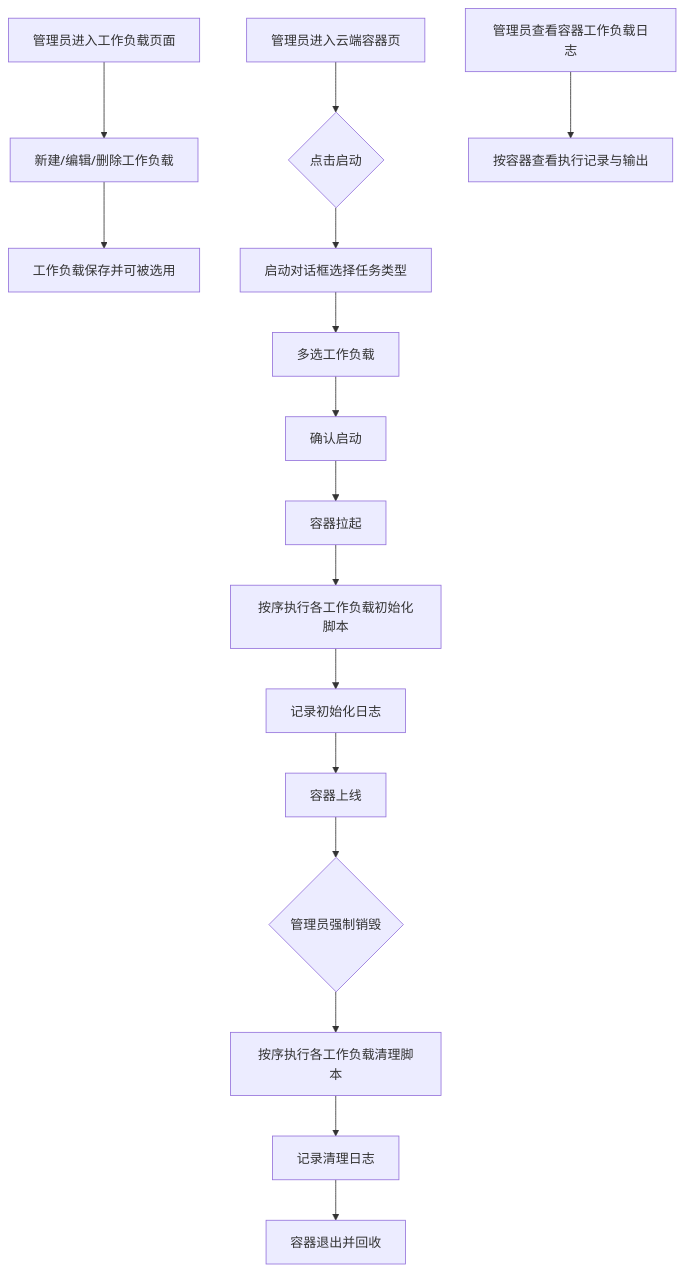
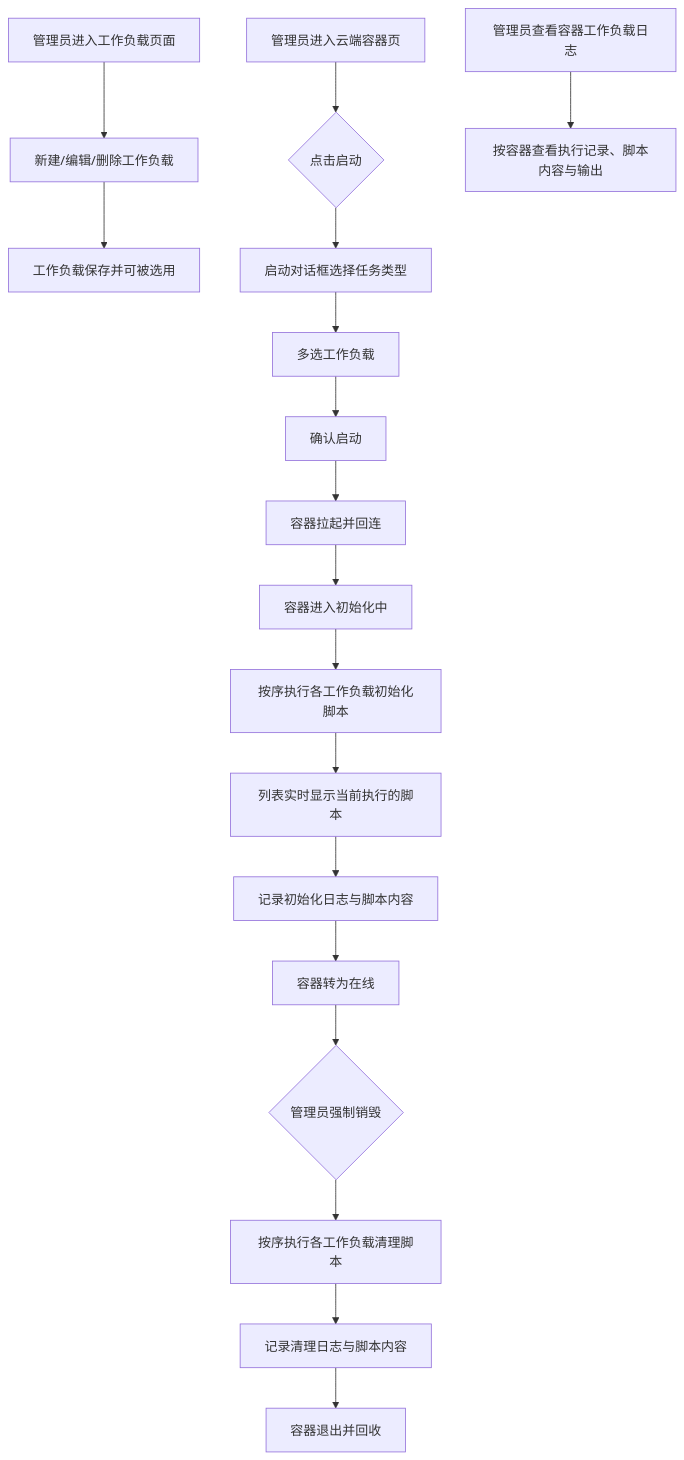
One commit to Deliay/z-agent-gear changed the diagram in docs/product/draft/20261017-cloud-controller-workload.md. Above: the diagram before and after it, drawn with Mermaid. The commit also changed other lines of this file and 1 other file, not shown here.

````diff
--- a/docs/product/draft/20261017-cloud-controller-workload.md
+++ b/docs/product/draft/20261017-cloud-controller-workload.md
@@ -102,18 +119,20 @@
 ```mermaid
 flowchart TD
     A[管理员进入工作负载页面] --> B[新建/编辑/删除工作负载]
     B --> C[工作负载保存并可被选用]
     D[管理员进入云端容器页] --> E{点击启动}
     E --> F[启动对话框选择任务类型]
     F --> G[多选工作负载]
     G --> H[确认启动]
-    H --> I[容器拉起]
-    I --> J[按序执行各工作负载初始化脚本]
-    J --> K[记录初始化日志]
-    K --> L[容器上线]
-    L --> M{管理员强制销毁}
-    M --> N[按序执行各工作负载清理脚本]
-    N --> O[记录清理日志]
-    O --> P[容器退出并回收]
-    Q[管理员查看容器工作负载日志] --> R[按容器查看执行记录与输出]
+    H --> I[容器拉起并回连]
+    I --> J[容器进入初始化中]
+    J --> K[按序执行各工作负载初始化脚本]
+    K --> L[列表实时显示当前执行的脚本]
+    L --> M[记录初始化日志与脚本内容]
+    M --> N[容器转为在线]
+    N --> O{管理员强制销毁}
+    O --> P[按序执行各工作负载清理脚本]
+    P --> Q[记录清理日志与脚本内容]
+    Q --> R[容器退出并回收]
+    S[管理员查看容器工作负载日志] --> T[按容器查看执行记录、脚本内容与输出]
 ```
````
